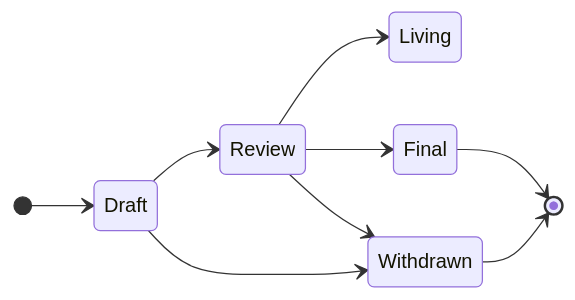
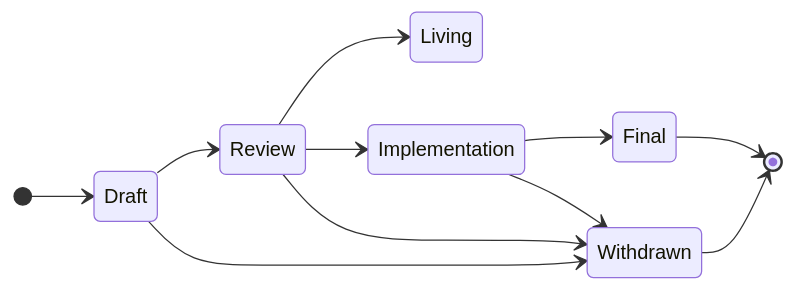
Before and after one commit to MetaMask/SIPs: the diagram in SIPS/sip-1.md, drawn with Mermaid. The commit also changed other lines of this file and 8 other files, not shown here.

````diff
--- a/SIPS/sip-1.md
+++ b/SIPS/sip-1.md
@@ -29,13 +22,15 @@
 ```mermaid
 stateDiagram-v2
   direction LR
   [*] --> Draft
   Draft --> Review
   Review --> Living
-  Review --> Final
+  Review --> Implementation
+  Implementation --> Final
   Final --> [*]
 
   Draft --> Withdrawn
   Review --> Withdrawn
+  Implementation --> Withdrawn
   Withdrawn --> [*]
 ```
````
